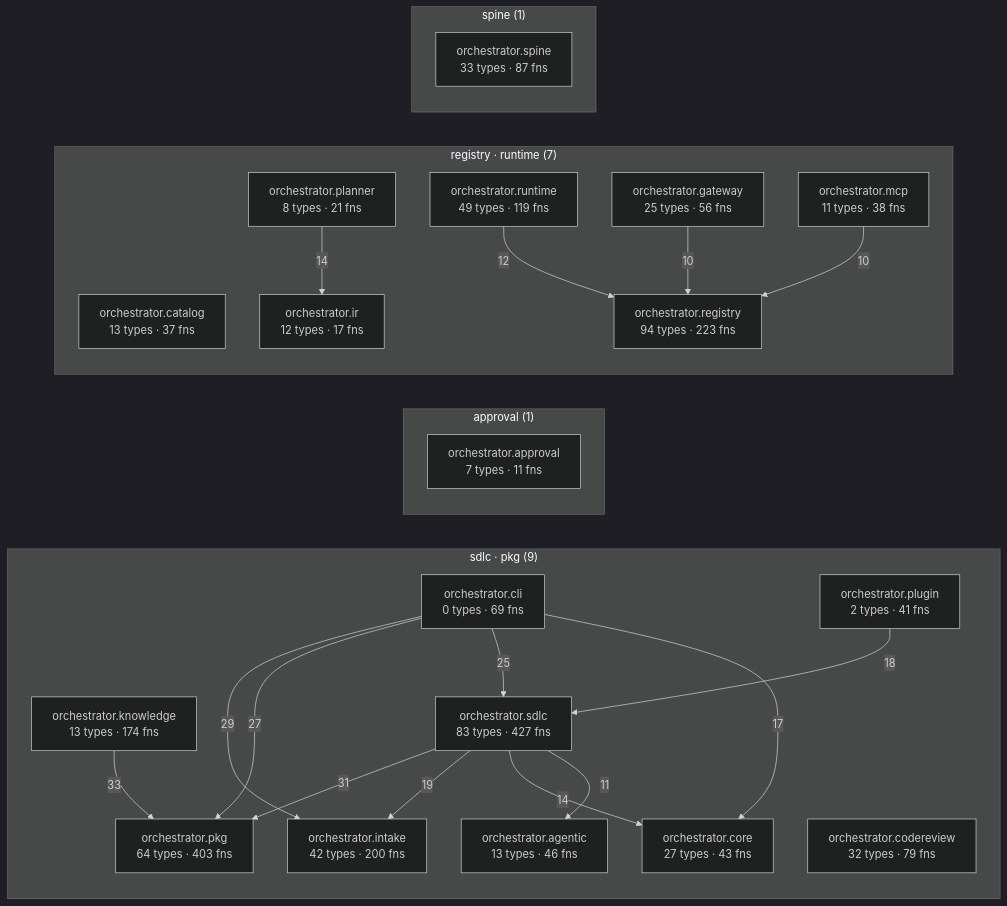
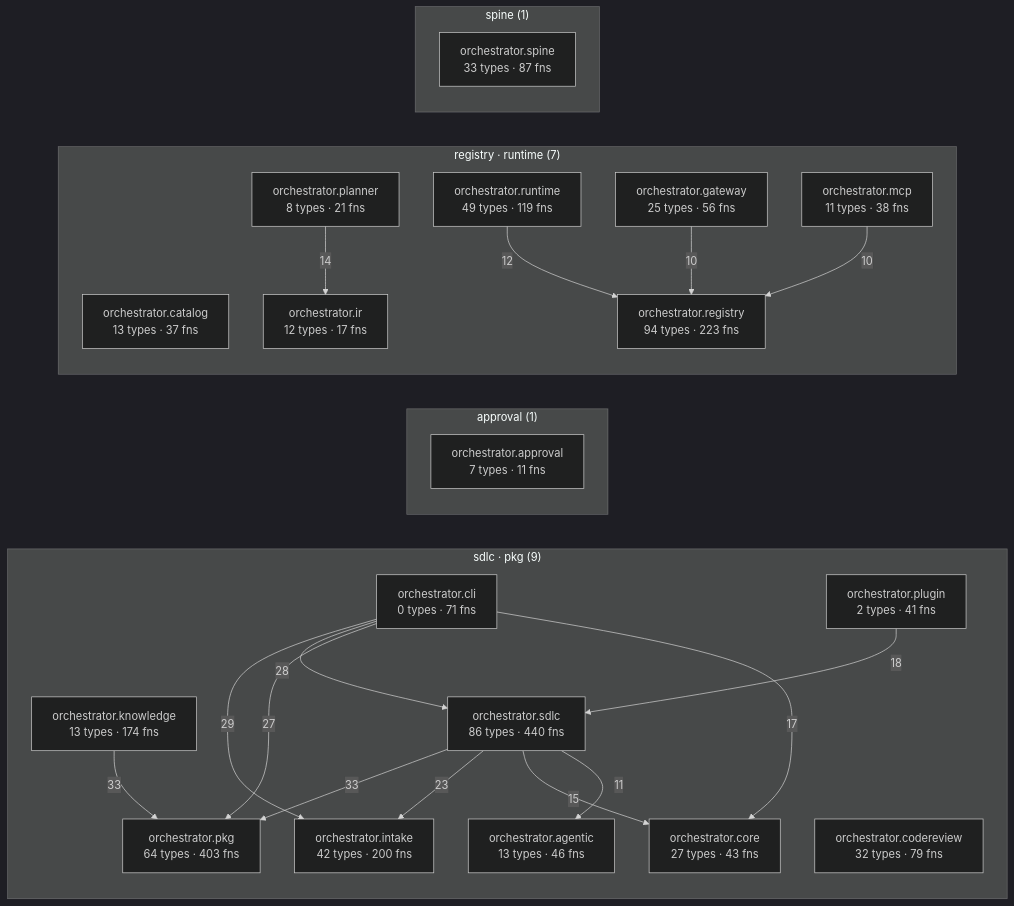
One commit to synaptixs/spine changed the diagram in episteme/architecture.md. Above: the diagram before and after it, drawn with Mermaid (dark theme). The commit also changed other lines of this file and 30 other files, not shown here.

````diff
--- a/episteme/architecture.md
+++ b/episteme/architecture.md
@@ -54,43 +54,43 @@
 ```mermaid
 flowchart LR
   subgraph c_1["sdlc · pkg (9)"]
     aorchestratoragentic["orchestrator.agentic<br/>13 types · 46 fns"]
-    aorchestratorcli["orchestrator.cli<br/>0 types · 69 fns"]
+    aorchestratorcli["orchestrator.cli<br/>0 types · 71 fns"]
     aorchestratorcodereview["orchestrator.codereview<br/>32 types · 79 fns"]
     aorchestratorcore["orchestrator.core<br/>27 types · 43 fns"]
     aorchestratorintake["orchestrator.intake<br/>42 types · 200 fns"]
     aorchestratorknowledge["orchestrator.knowledge<br/>13 types · 174 fns"]
     aorchestratorpkg["orchestrator.pkg<br/>64 types · 403 fns"]
     aorchestratorplugin["orchestrator.plugin<br/>2 types · 41 fns"]
-    aorchestratorsdlc["orchestrator.sdlc<br/>83 types · 427 fns"]
+    aorchestratorsdlc["orchestrator.sdlc<br/>86 types · 440 fns"]
   end
   subgraph c_2["approval (1)"]
     aorchestratorapproval["orchestrator.approval<br/>7 types · 11 fns"]
   end
   subgraph c_3["registry · runtime (7)"]
     aorchestratorcatalog["orchestrator.catalog<br/>13 types · 37 fns"]
     aorchestratorgateway["orchestrator.gateway<br/>25 types · 56 fns"]
     aorchestratorir["orchestrator.ir<br/>12 types · 17 fns"]
     aorchestratormcp["orchestrator.mcp<br/>11 types · 38 fns"]
     aorchestratorplanner["orchestrator.planner<br/>8 types · 21 fns"]
     aorchestratorregistry["orchestrator.registry<br/>94 types · 223 fns"]
     aorchestratorruntime["orchestrator.runtime<br/>49 types · 119 fns"]
   end
   subgraph c_10["spine (1)"]
     aorchestratorspine["orchestrator.spine<br/>33 types · 87 fns"]
   end
   aorchestratorknowledge -->|33| aorchestratorpkg
-  aorchestratorsdlc -->|31| aorchestratorpkg
+  aorchestratorsdlc -->|33| aorchestratorpkg
   aorchestratorcli -->|29| aorchestratorintake
+  aorchestratorcli -->|28| aorchestratorsdlc
   aorchestratorcli -->|27| aorchestratorpkg
-  aorchestratorcli -->|25| aorchestratorsdlc
-  aorchestratorsdlc -->|19| aorchestratorintake
+  aorchestratorsdlc -->|23| aorchestratorintake
   aorchestratorplugin -->|18| aorchestratorsdlc
   aorchestratorcli -->|17| aorchestratorcore
+  aorchestratorsdlc -->|15| aorchestratorcore
   aorchestratorplanner -->|14| aorchestratorir
-  aorchestratorsdlc -->|14| aorchestratorcore
   aorchestratorruntime -->|12| aorchestratorregistry
   aorchestratorsdlc -->|11| aorchestratoragentic
   aorchestratorgateway -->|10| aorchestratorregistry
   aorchestratormcp -->|10| aorchestratorregistry
 ```
````
